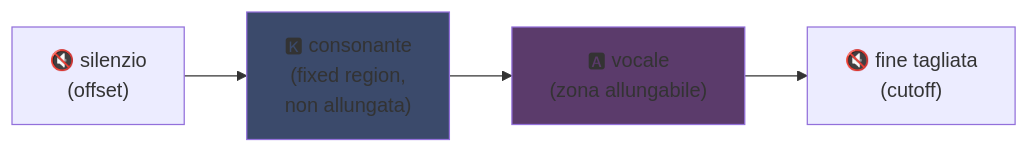
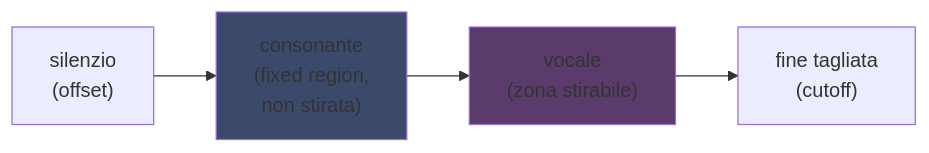
Before and after one commit to fox3000foxy/fox3000foxy.github.io: the first of 2 diagrams in public/articles/it/utau.md, drawn with Mermaid. The commit also changed other lines of this file and 576 other files, not shown here.

````diff
--- a/public/articles/it/utau.md
+++ b/public/articles/it/utau.md
@@ -81,8 +81,8 @@
 ```mermaid
 flowchart LR
-    A["🔇 silenzio<br/>(offset)"] --> B["🅺 consonante<br/>(fixed region,<br/>non allungata)"]
-    B --> C["🅰 vocale<br/>(zona allungabile)"]
-    C --> D["🔇 fine tagliata<br/>(cutoff)"]
+    A["silenzio<br/>(offset)"] --> B["consonante<br/>(fixed region,<br/>non stirata)"]
+    B --> C["vocale<br/>(zona stirabile)"]
+    C --> D["fine tagliata<br/>(cutoff)"]
     style B fill:#3b4a6b
     style C fill:#5b3b6b
 ```
````
